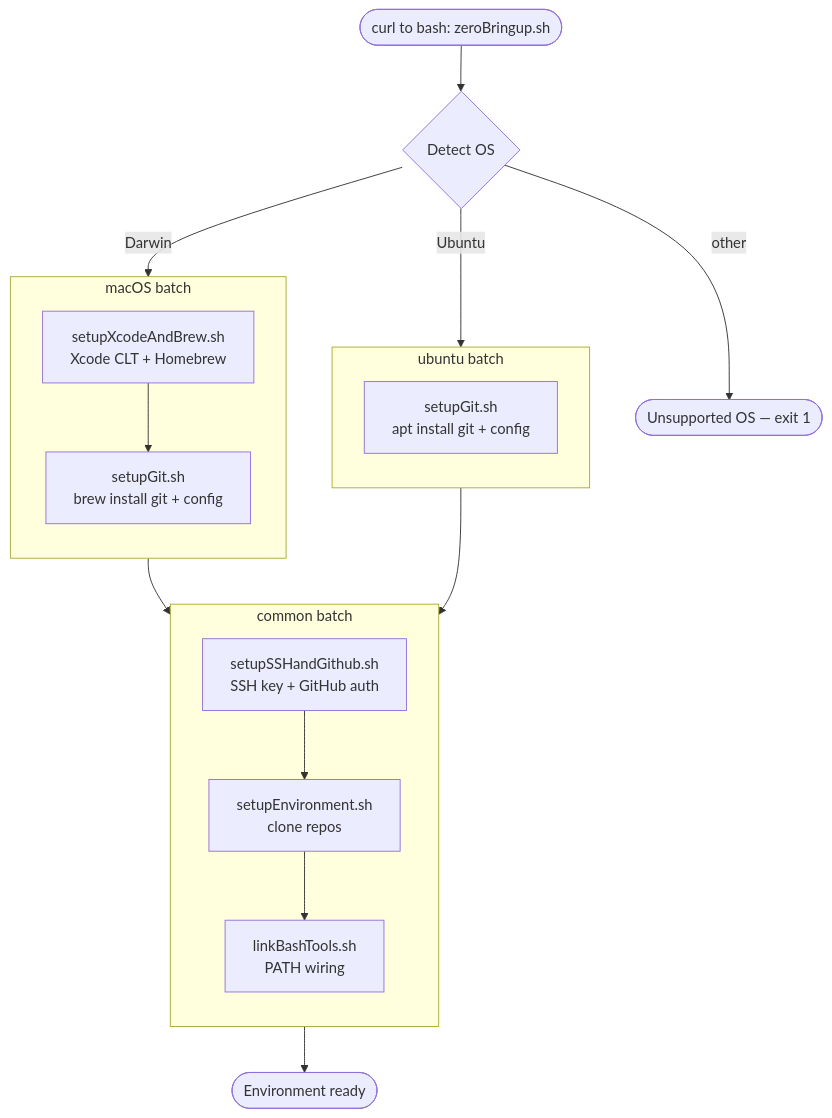
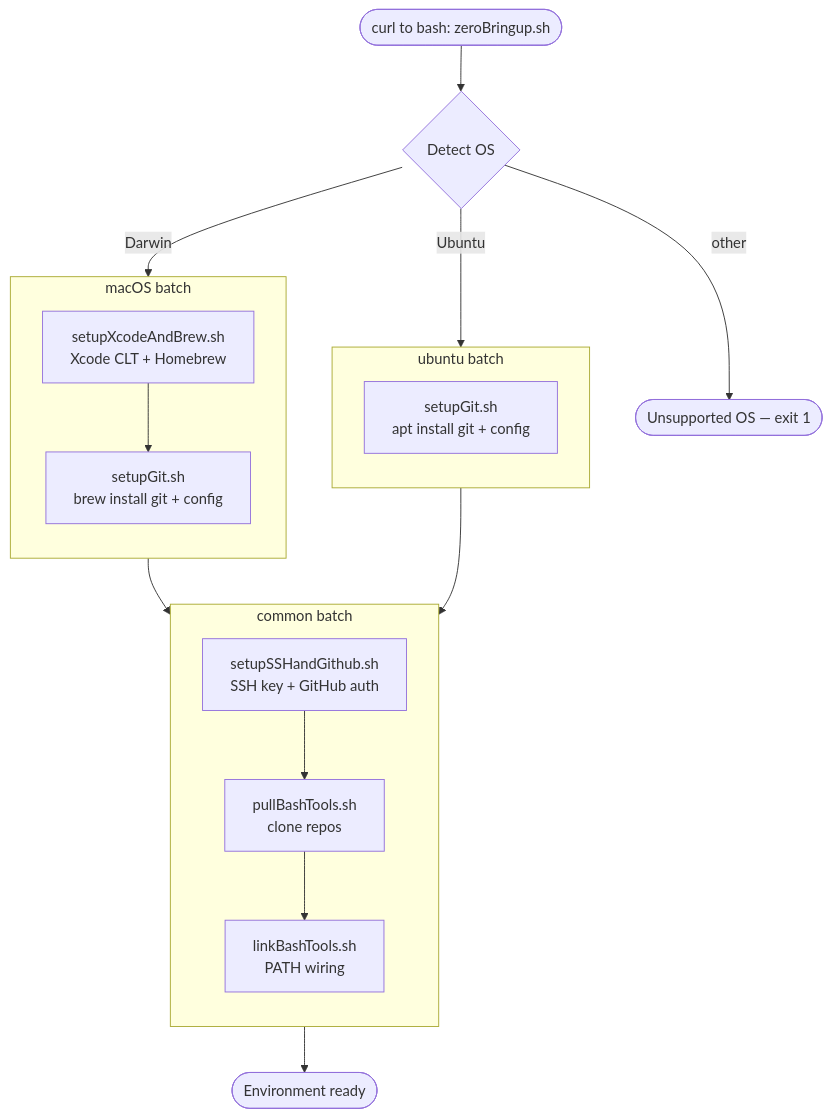
One commit to kopecn/zeroBringup changed the diagram in readme.md. Above: the diagram before and after it, drawn with Mermaid. The commit also changed other lines of this file and 6 other files, not shown here.

````diff
--- a/readme.md
+++ b/readme.md
@@ -32,27 +32,27 @@
 ```mermaid
 flowchart TD
     Start(["curl to bash: zeroBringup.sh"]) --> Detect{"Detect OS"}
     Detect -->|Darwin| MacBatch
     Detect -->|Ubuntu| UbuntuBatch
     Detect -->|other| Unsupported(["Unsupported OS — exit 1"])
 
     subgraph MacBatch ["macOS batch"]
         direction TB
         M1["setupXcodeAndBrew.sh<br/>Xcode CLT + Homebrew"] --> M2["setupGit.sh<br/>brew install git + config"]
     end
 
     subgraph UbuntuBatch ["ubuntu batch"]
         direction TB
         U1["setupGit.sh<br/>apt install git + config"]
     end
 
     MacBatch --> Common
     UbuntuBatch --> Common
 
     subgraph Common ["common batch"]
         direction TB
-        C1["setupSSHandGithub.sh<br/>SSH key + GitHub auth"] --> C2["setupEnvironment.sh<br/>clone repos"] --> C3["linkBashTools.sh<br/>PATH wiring"]
+        C1["setupSSHandGithub.sh<br/>SSH key + GitHub auth"] --> C2["pullBashTools.sh<br/>clone repos"] --> C3["linkBashTools.sh<br/>PATH wiring"]
     end
 
     Common --> Done(["Environment ready"])
 ```
````
